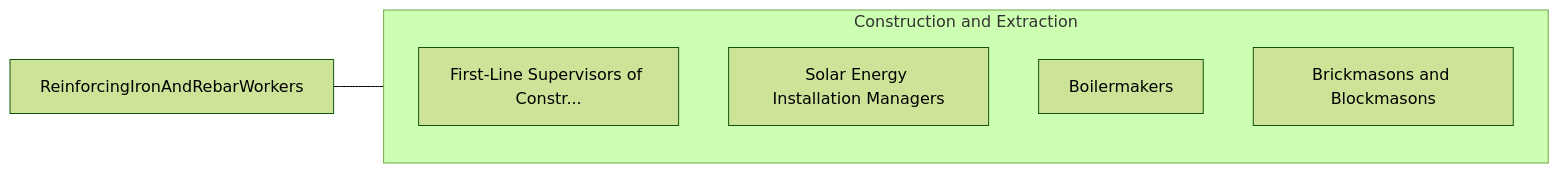
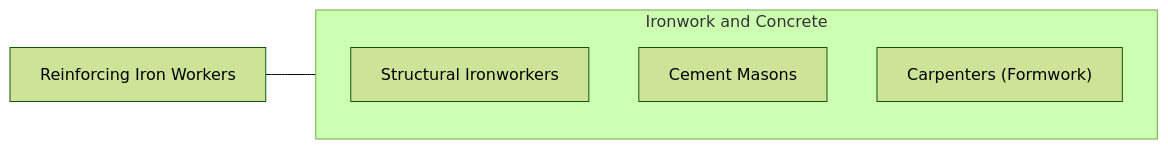
One commit to kziemski/business.org.ai changed the fourth of 4 diagrams in occupations/Construction/ReinforcingIronAndRebarWorkers.mdx. Above: the diagram before and after it, drawn with Mermaid (forest theme). The commit also changed other lines of this file and 938 other files, not shown here.

````diff
--- a/occupations/Construction/ReinforcingIronAndRebarWorkers.mdx
+++ b/occupations/Construction/ReinforcingIronAndRebarWorkers.mdx
@@ -119,13 +157,10 @@
 ```mermaid
 graph LR
-    Current["ReinforcingIronAndRebarWorkers"]
-
-    subgraph SameCategory["Construction and Extraction"]
-        FirstLineSupervisors["First-Line Supervisors of Constr..."]
-        SolarEnergyInstallat["Solar Energy Installation Managers"]
-        Boilermakers["Boilermakers"]
-        BrickmasonsAndBlockm["Brickmasons and Blockmasons"]
+    Current["Reinforcing Iron Workers"]
+    subgraph Same["Ironwork and Concrete"]
+        StructIron["Structural Ironworkers"]
+        Cement["Cement Masons"]
+        Formwork["Carpenters (Formwork)"]
     end
-
-    Current --- SameCategory
+    Current --- Same
 ```
````
